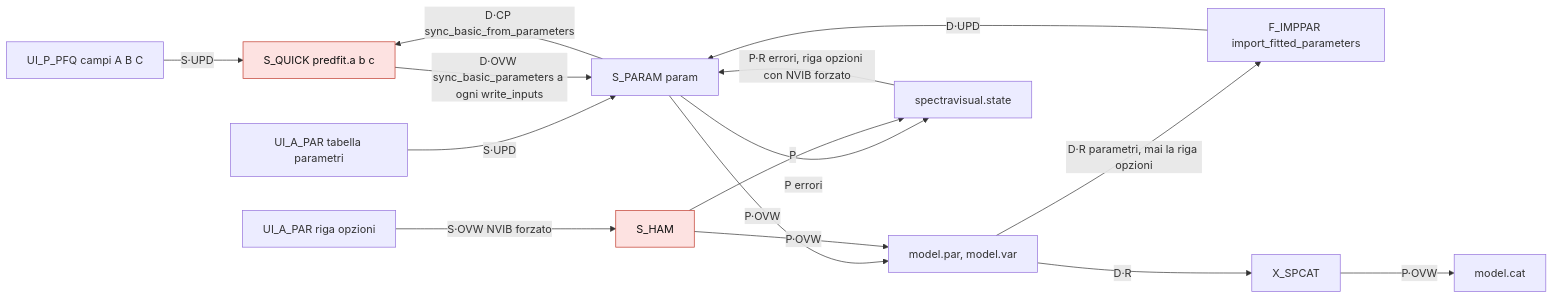
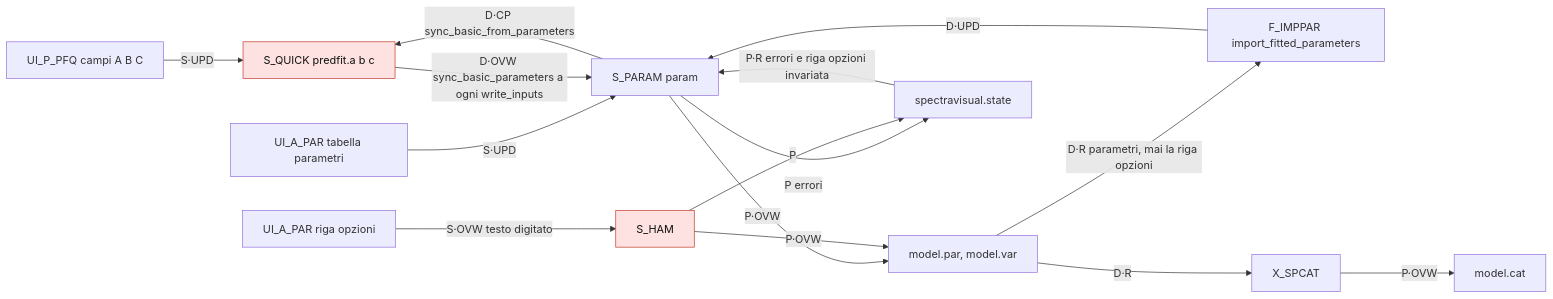
Diagram 12 of 14 in docs/audit/README.md (baroncellif/spectravisual), drawn with Mermaid before and after one commit. The commit also changed other lines of this file and 8 other files, not shown here.

````diff
--- a/docs/audit/README.md
+++ b/docs/audit/README.md
@@ -1177,20 +1174,20 @@
 ```mermaid
 flowchart LR
   UI_QUICK["UI_P_PFQ campi A B C"] -->|"S·UPD"| S_QUICK["S_QUICK predfit.a b c"]
   UI_TABLE["UI_A_PAR tabella parametri"] -->|"S·UPD"| S_PARAM["S_PARAM param"]
   S_PARAM -->|"D·CP sync_basic_from_parameters"| S_QUICK
   S_QUICK -->|"D·OVW sync_basic_parameters a ogni write_inputs"| S_PARAM
-  UI_HAM["UI_A_PAR riga opzioni"] -->|"S·OVW NVIB forzato"| S_HAM["S_HAM"]
+  UI_HAM["UI_A_PAR riga opzioni"] -->|"S·OVW testo digitato"| S_HAM["S_HAM"]
   S_PARAM -->|"P·OVW"| FILE_PARVAR["model.par, model.var"]
   S_HAM -->|"P·OVW"| FILE_PARVAR
   FILE_PARVAR -->|"D·R parametri, mai la riga opzioni"| F_IMPPAR["F_IMPPAR import_fitted_parameters"]
   F_IMPPAR -->|"D·UPD"| S_PARAM
   S_PARAM -->|"P errori"| FILE_STATE["spectravisual.state"]
   S_HAM -->|"P"| FILE_STATE
-  FILE_STATE -->|"P·R errori, riga opzioni con NVIB forzato"| S_PARAM
+  FILE_STATE -->|"P·R errori e riga opzioni invariata"| S_PARAM
   FILE_PARVAR -->|"D·R"| X_SPCAT["X_SPCAT"]
   X_SPCAT -->|"P·OVW"| FILE_MODELCAT["model.cat"]
 
   classDef bad fill:#fde2e1,stroke:#c0392b,color:#111
   class S_HAM,S_QUICK bad
 ```
````
